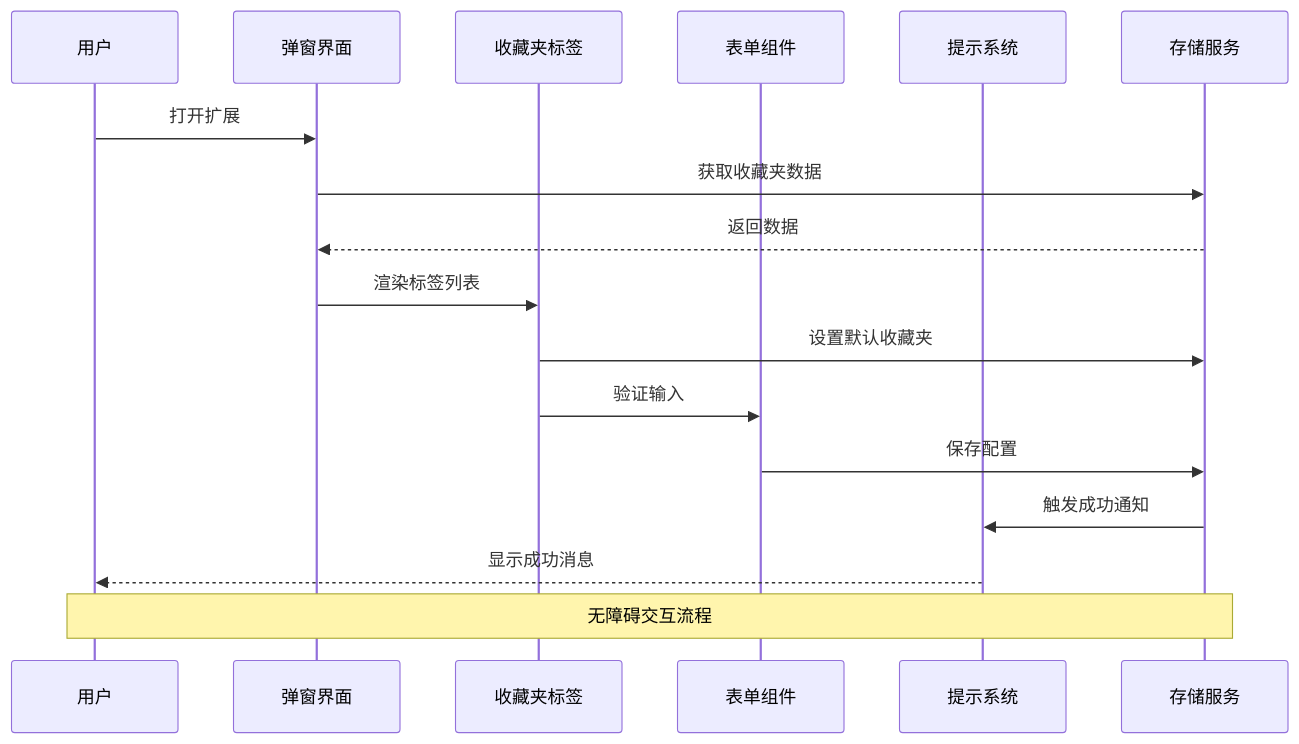
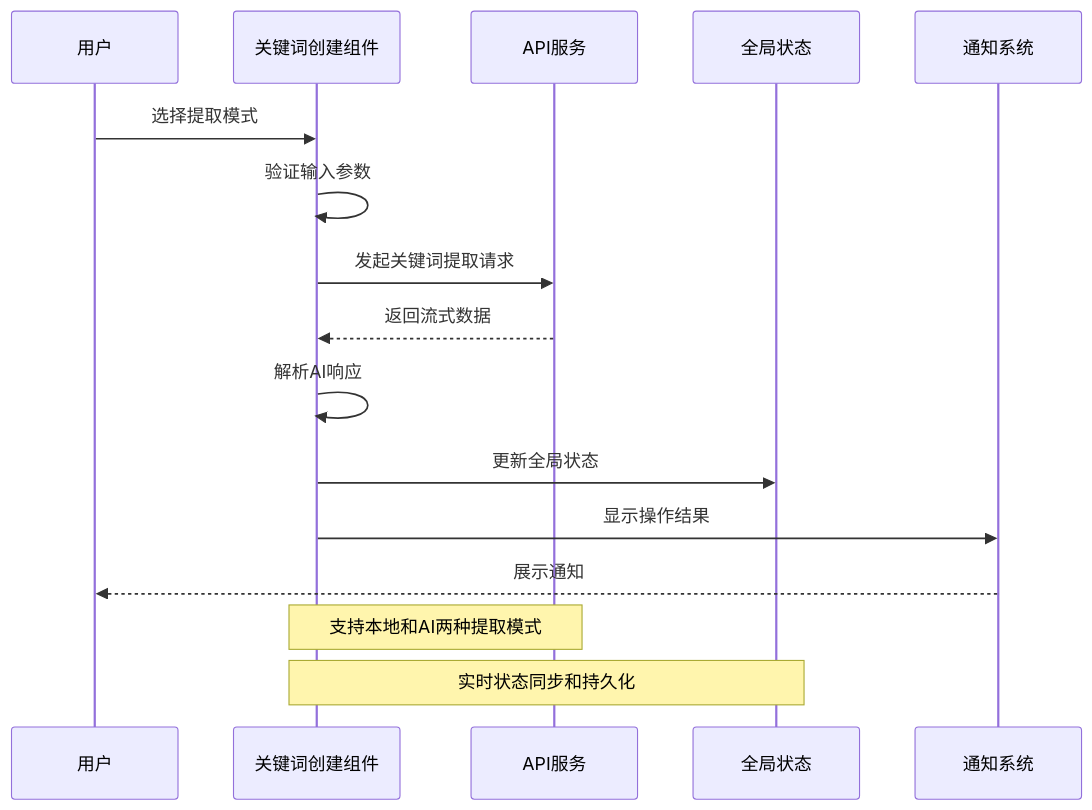
The third of 6 diagrams in .qoder/repowiki/zh/content/Accessibility Enhancements.md (RadiumAg/bilibili-favorites), drawn with Mermaid before and after one commit. The commit also changed other lines of this file and 21 other files, not shown here.

````diff
--- a/.qoder/repowiki/zh/content/Accessibility Enhancements.md
+++ b/.qoder/repowiki/zh/content/Accessibility Enhancements.md
@@ -236,19 +185,18 @@
 ```mermaid
 sequenceDiagram
 participant User as 用户
-participant Popup as 弹窗界面
-participant FavoriteTag as 收藏夹标签
-participant Form as 表单组件
-participant Toast as 提示系统
-participant Storage as 存储服务
-User->>Popup : 打开扩展
-Popup->>Storage : 获取收藏夹数据
-Storage-->>Popup : 返回数据
-Popup->>FavoriteTag : 渲染标签列表
-FavoriteTag->>Storage : 设置默认收藏夹
-FavoriteTag->>Form : 验证输入
-Form->>Storage : 保存配置
-Storage->>Toast : 触发成功通知
-Toast-->>User : 显示成功消息
-Note over User,Storage : 无障碍交互流程
+participant Component as 关键词创建组件
+participant API as API服务
+participant Store as 全局状态
+participant Toast as 通知系统
+User->>Component : 选择提取模式
+Component->>Component : 验证输入参数
+Component->>API : 发起关键词提取请求
+API-->>Component : 返回流式数据
+Component->>Component : 解析AI响应
+Component->>Store : 更新全局状态
+Component->>Toast : 显示操作结果
+Toast-->>User : 展示通知
+Note over Component,API : 支持本地和AI两种提取模式
+Note over Component,Store : 实时状态同步和持久化
 ```
````
